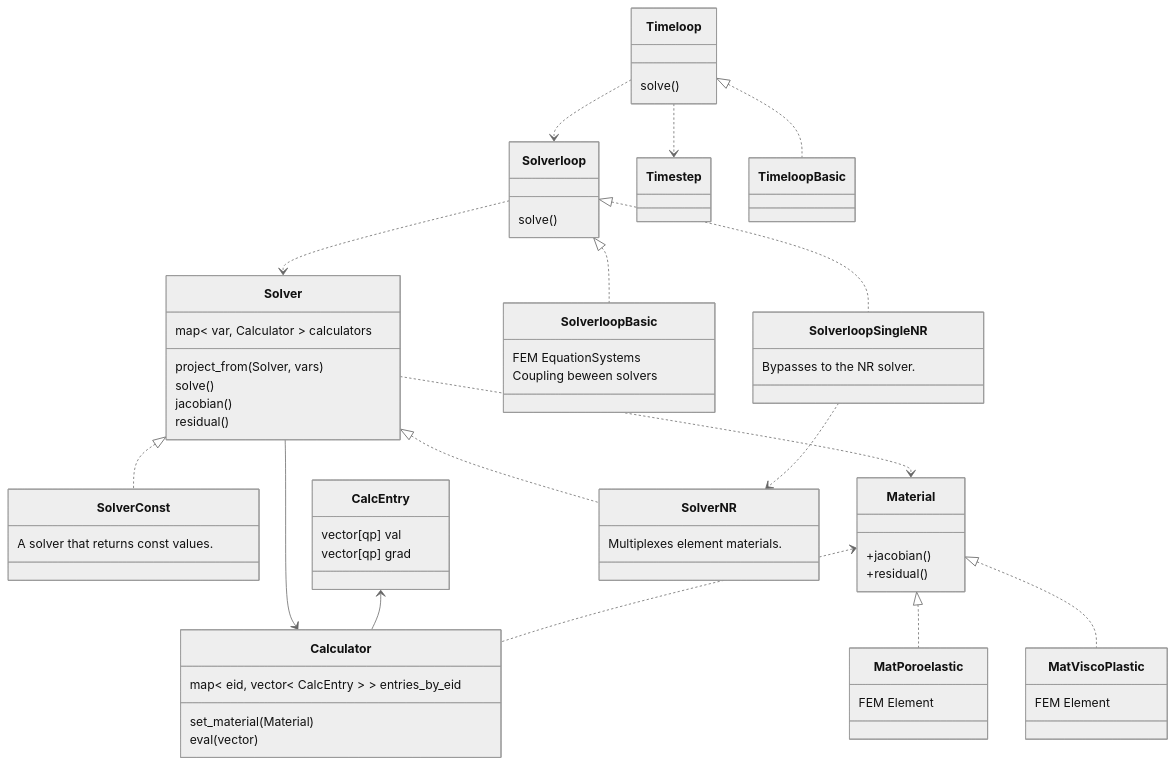
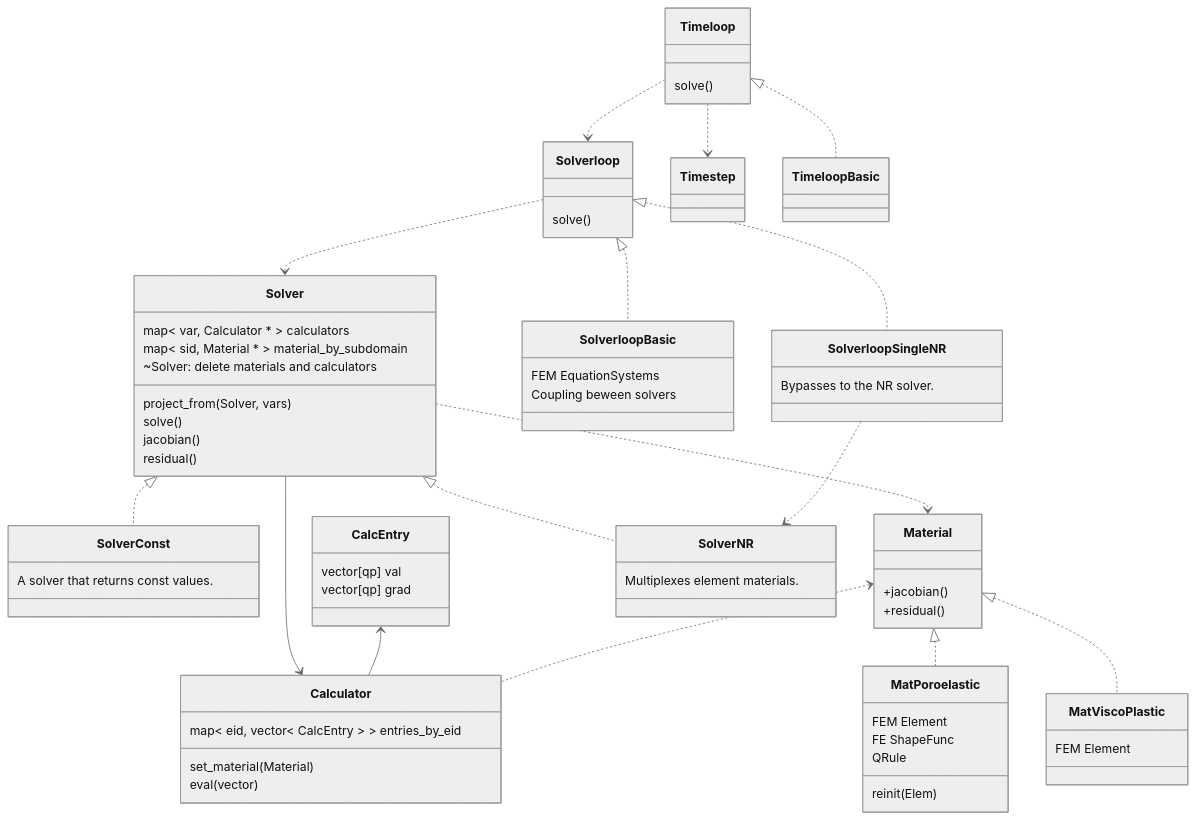
Before and after one commit to rebpoli/harpy: the diagram in include/README.md, drawn with Mermaid (neutral theme). The commit also changed other lines of this file, not shown here.

```diff
--- a/include/README.md
+++ b/include/README.md
@@ -24,15 +24,15 @@
     }
 
     class Solver {
-        map< var, Calculator > calculators
+        map< var, Calculator * > calculators
+        map< sid, Material * > material_by_subdomain
+        ~Solver: delete materials and calculators
         project_from(Solver, vars)
         solve()
         jacobian()
         residual()
     }
-    class SolverConst {
-        A solver that returns const values.
-    }
+    class SolverConst { A solver that returns const values.  }
 
 
     class Material {
@@ -65,7 +65,12 @@
 
     class MatViscoPlastic { FEM Element }
 
-    class MatPoroelastic { FEM Element }
+    class MatPoroelastic {
+        FEM Element 
+        FE ShapeFunc
+        QRule
+        reinit(Elem)
+    }
 
     class SolverloopSingleNR { Bypasses to the NR solver. } 
     class SolverNR { Multiplexes element materials. }
```
